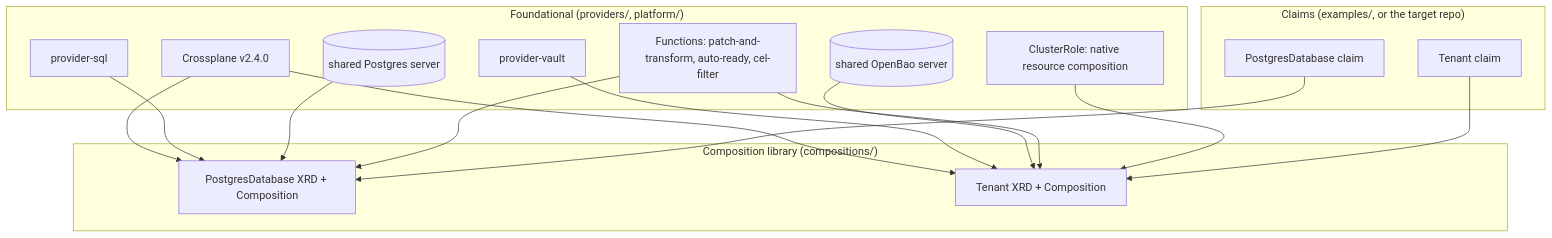
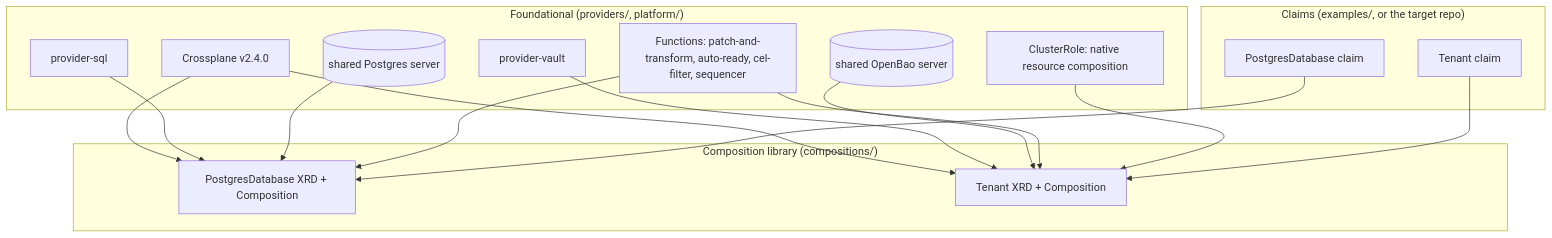
One commit to idPlatformKit/Orchestrator changed the second of 2 diagrams in docs/architecture.md. Above: the diagram before and after it, drawn with Mermaid. The commit also changed other lines of this file and 1 other file, not shown here.

Commit message:
docs: document Tenant creation ordering and the deletion sequencing dead end

````diff
--- a/docs/architecture.md
+++ b/docs/architecture.md
@@ -30,31 +30,31 @@
 ```mermaid
 flowchart TB
     subgraph L1["Foundational (providers/, platform/)"]
         CP[Crossplane v2.4.0]
         PSQL[provider-sql]
         PVAULT[provider-vault]
-        FN[Functions: patch-and-transform, auto-ready, cel-filter]
+        FN[Functions: patch-and-transform, auto-ready, cel-filter, sequencer]
         RBAC[ClusterRole: native resource composition]
         PG[(shared Postgres server)]
         OB[(shared OpenBao server)]
     end
     subgraph L2["Composition library (compositions/)"]
         XRD1[PostgresDatabase XRD + Composition]
         XRD2[Tenant XRD + Composition]
     end
     subgraph L3["Claims (examples/, or the target repo)"]
         C1[PostgresDatabase claim]
         C2[Tenant claim]
     end
     CP --> XRD1
     CP --> XRD2
     PSQL --> XRD1
     PG --> XRD1
     PVAULT --> XRD2
     OB --> XRD2
     FN --> XRD1
     FN --> XRD2
     RBAC --> XRD2
     C1 --> XRD1
     C2 --> XRD2
 ```
````
